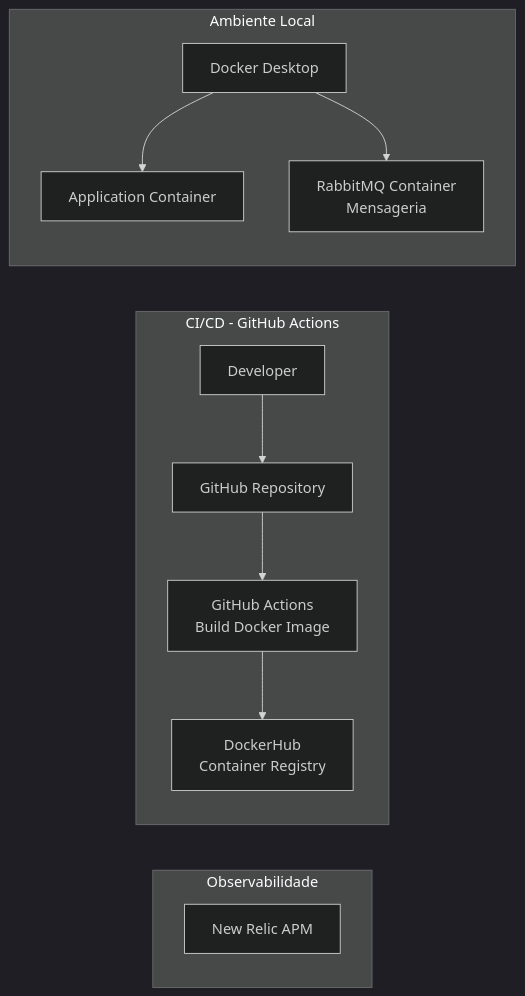
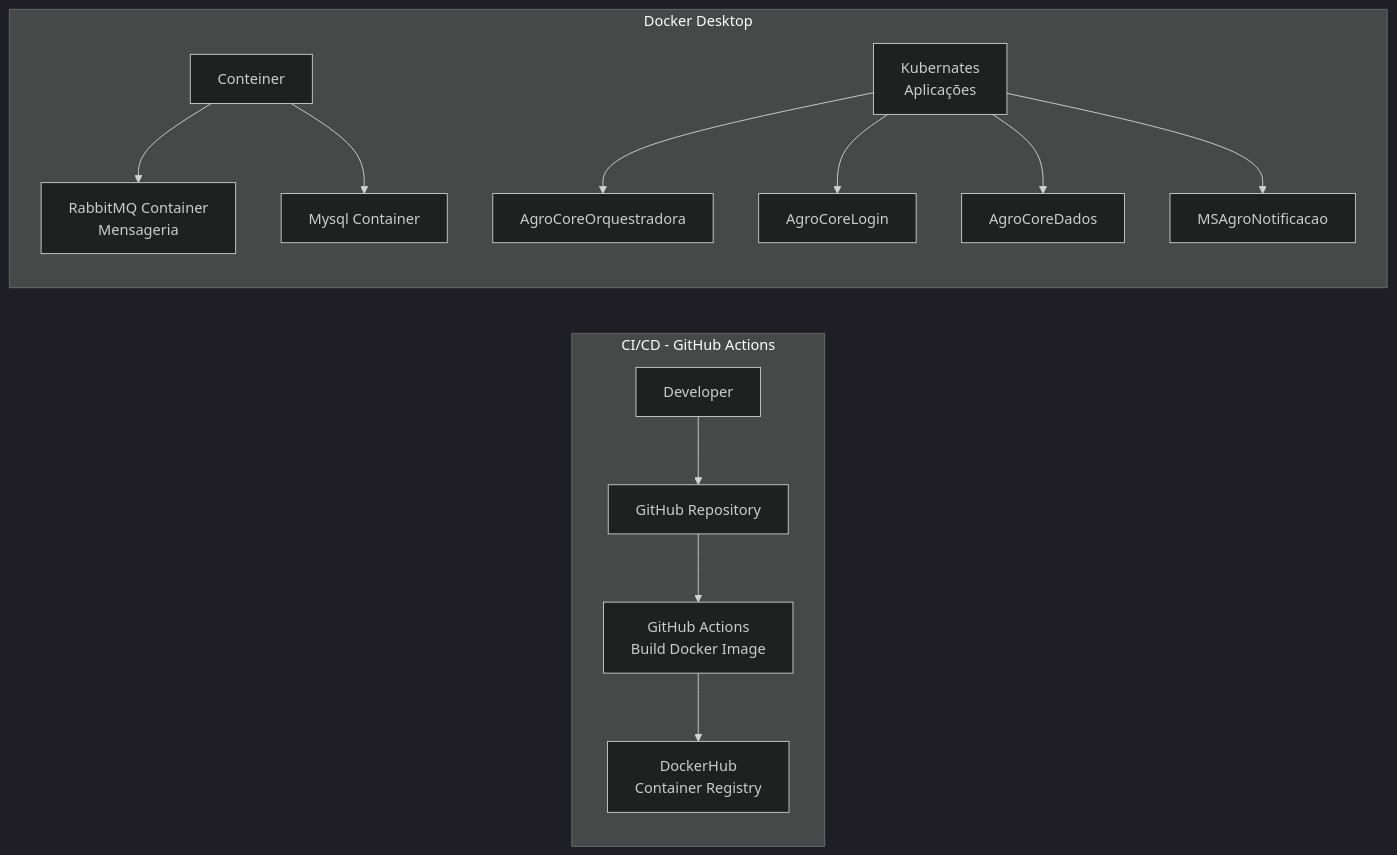
One commit to Gustavo00-dev/AgroCore changed the second of 2 diagrams in README.md. Above: the diagram before and after it, drawn with Mermaid (dark theme). The commit also changed other lines of this file, not shown here.

````diff
--- a/README.md
+++ b/README.md
@@ -41,46 +41,44 @@
 ```mermaid
 flowchart LR
 
-    %% ========================
-    %% APM
-    %% ========================
-    subgraph APM["Observabilidade"]
-        NR["New Relic APM"]
-    end
     %% ========================
     %% CI/CD
     %% ========================
     subgraph CICD["CI/CD - GitHub Actions"]
         DEV["Developer"]
         GH["GitHub Repository"]
         GA["GitHub Actions<br>Build Docker Image"]
         DH["DockerHub<br>Container Registry"]
 
         DEV --> GH
         GH --> GA
         GA --> DH
     end
 
 
     %% ========================
     %% AMBIENTE LOCAL
     %% ========================
-    subgraph LOCAL["Ambiente Local"]
-
-        DD["Docker Desktop"]
-
-        APP["Application Container"]
+    subgraph LOCAL["Docker Desktop"]
+        Conteiner["Conteiner"]
+        BD["Mysql Container"]
 
         MQ["RabbitMQ Container<br>Mensageria"]
 
-        DD --> APP
-        DD --> MQ
+        K8s["Kubernates<br>Aplicações"]
 
+        AgroCoreOrquestradora["AgroCoreOrquestradora"]
+        AgroCoreLogin["AgroCoreLogin"]
+        AgroCoreDados["AgroCoreDados"]
+        MSAgroNotificacao["MSAgroNotificacao"]
+
+        Conteiner --> MQ
+        Conteiner --> BD
+
+         K8s --> AgroCoreOrquestradora
+         K8s --> AgroCoreLogin
+         K8s --> AgroCoreDados
+         K8s --> MSAgroNotificacao
     end
 
-
-    %% ========================
-    %% FLUXOS
-    %% ==========
-
 ```
````
